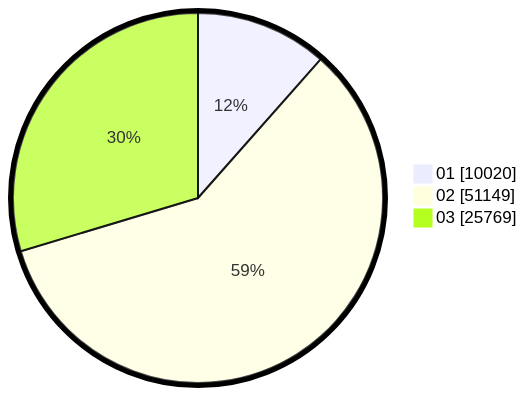
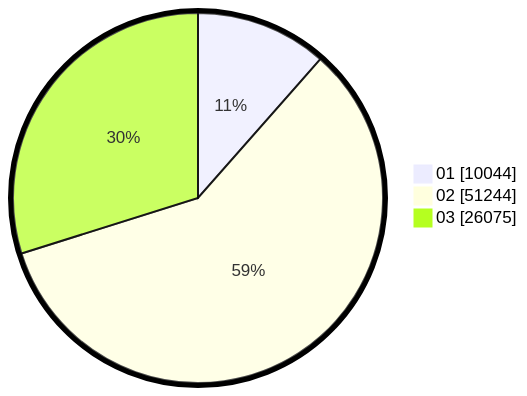
The second of 2 diagrams in pilpres/hitung-suara/sub/table-wilayah-92.md (gigit-pemilu/pemilu-2024), drawn with Mermaid before and after one commit. The commit also changed other lines of this file and 6 other files, not shown here.

````diff
--- a/pilpres/hitung-suara/sub/table-wilayah-92.md
+++ b/pilpres/hitung-suara/sub/table-wilayah-92.md
@@ -15,7 +15,7 @@
 ```mermaid
 %%{init: {"pie": {"textPosition": 0.5}, "themeVariables": {"pieOuterStrokeWidth": "5px"}} }%%
 pie showData
-    "01" : 10020
-    "02" : 51149
-    "03" : 25769
+    "01" : 10044
+    "02" : 51244
+    "03" : 26075
 ```
````
